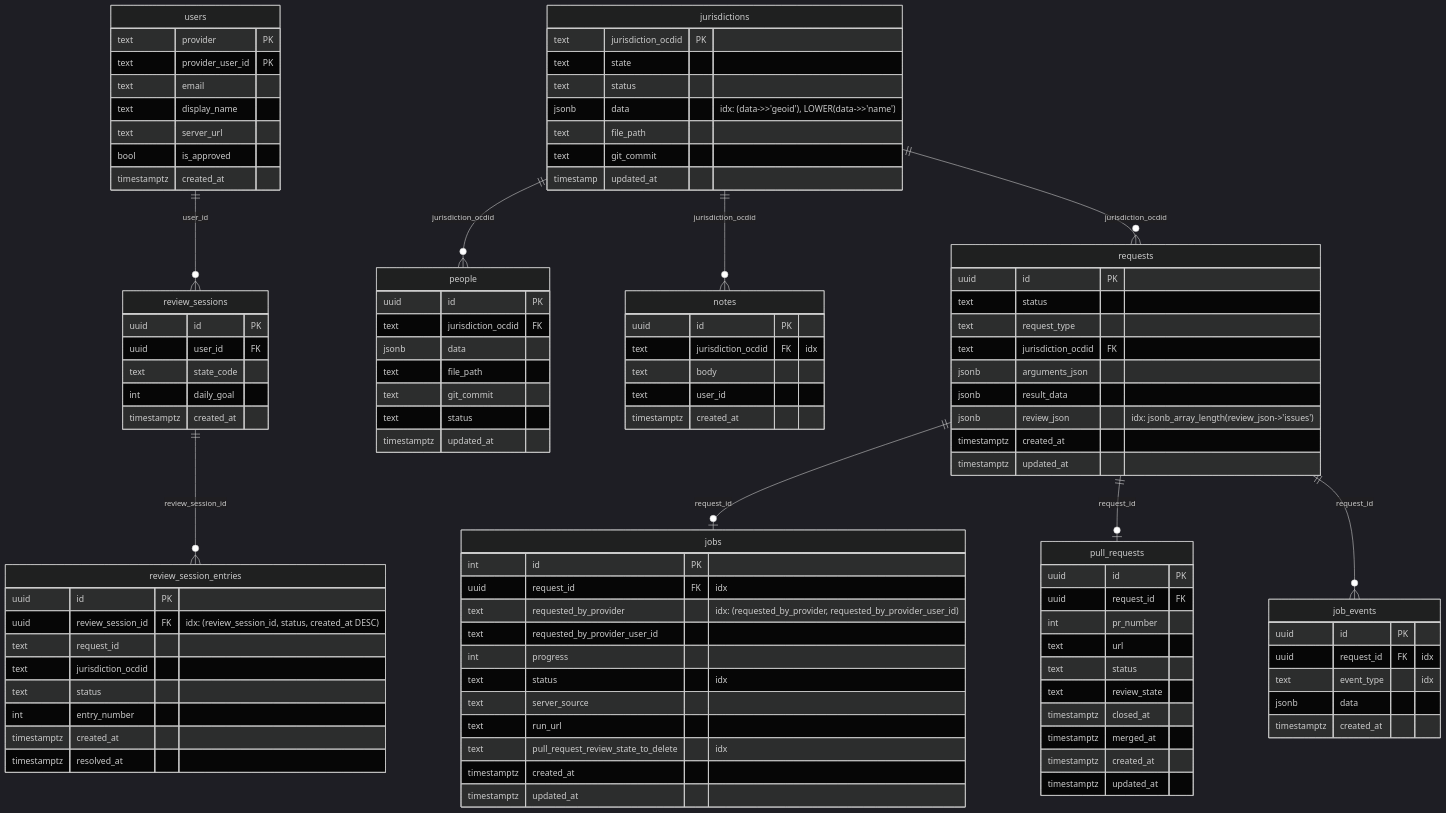
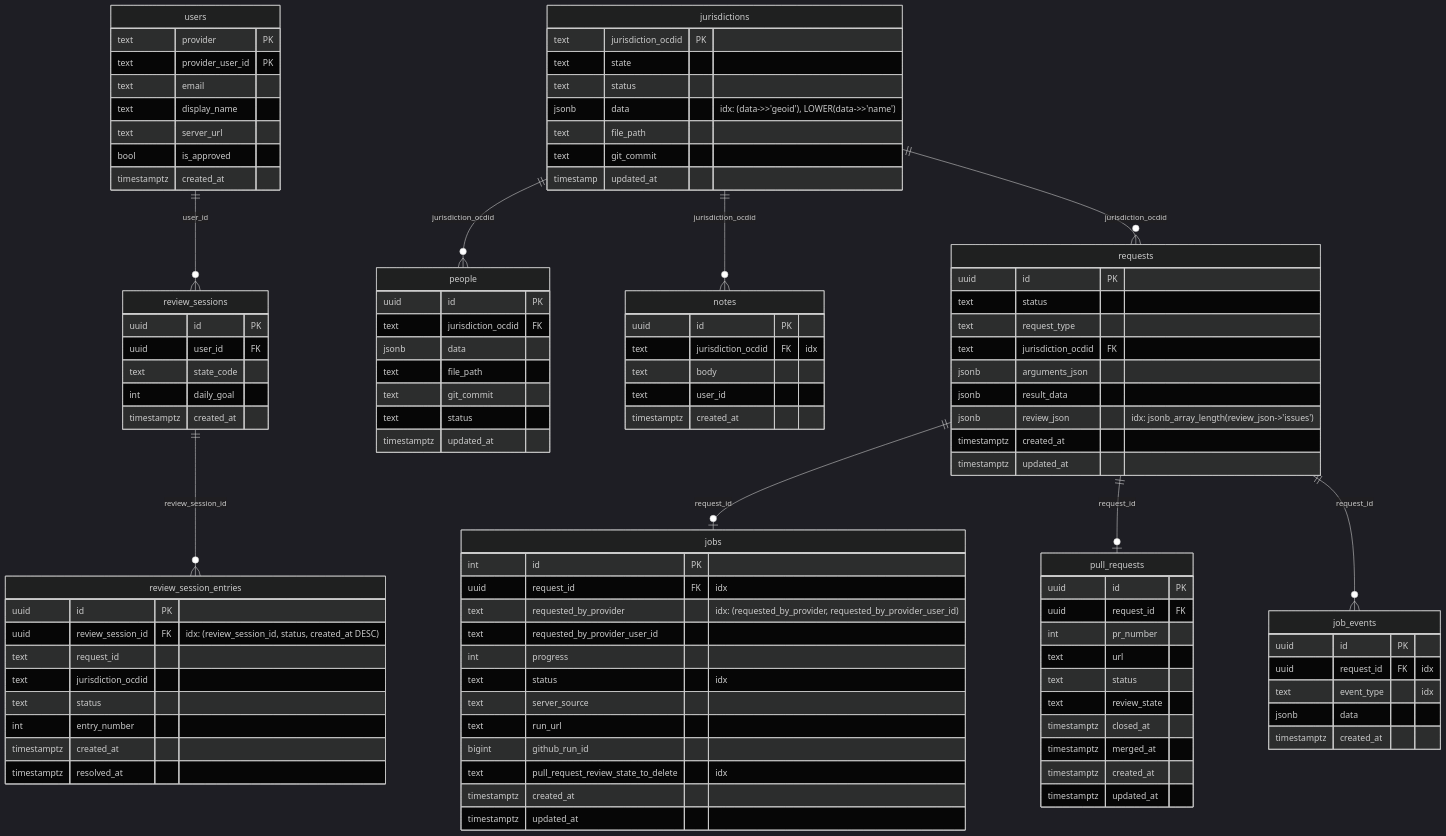
The diagram in civicpatch.org/README.md (CivicPatch/civicpatch-tools), drawn with Mermaid (dark theme) before and after one commit. The commit also changed 7 other files, not shown here.

```diff
--- a/civicpatch.org/README.md
+++ b/civicpatch.org/README.md
@@ -170,6 +170,7 @@
         text status "idx"
         text server_source
         text run_url
+        bigint github_run_id
         text pull_request_review_state_to_delete "idx"
         timestamptz created_at
         timestamptz updated_at
```
